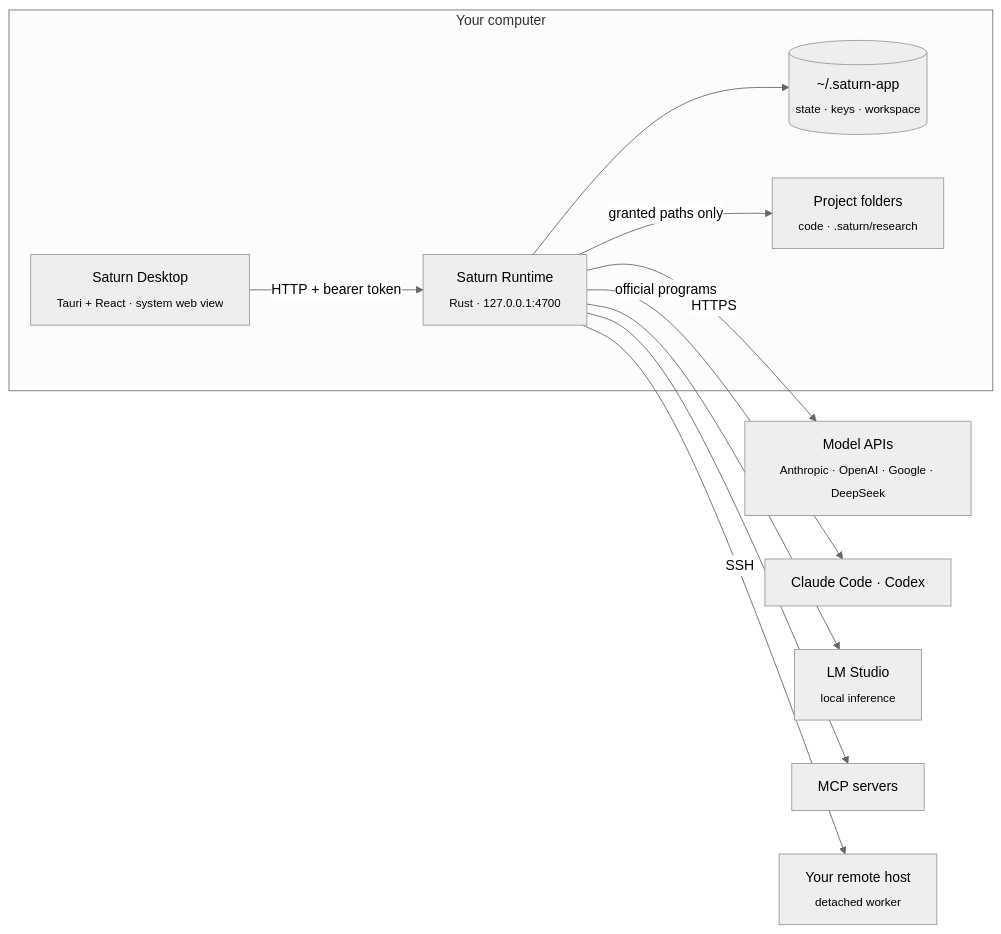
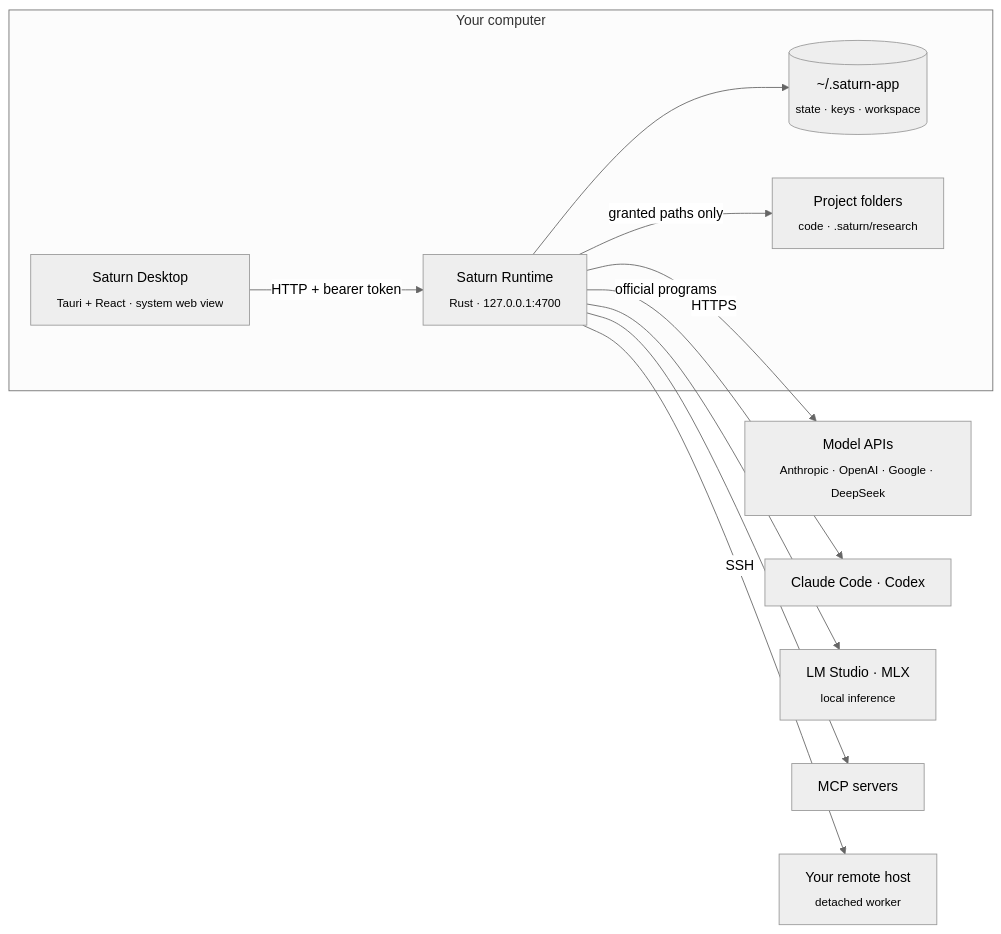
Before and after one commit to Saturn-Technology-Project/Saturn-App: the diagram in README.md, drawn with Mermaid (neutral theme). The commit also changed other lines of this file and 2 other files, not shown here.

Commit message:
Docs: local models through MLX

````diff
--- a/README.md
+++ b/README.md
@@ -187,17 +187,17 @@
 ```mermaid
 flowchart LR
   subgraph Machine["Your computer"]
     D["Saturn Desktop<br/><sub>Tauri + React · system web view</sub>"]
     R["Saturn Runtime<br/><sub>Rust · 127.0.0.1:4700</sub>"]
     S[("~/.saturn-app<br/><sub>state · keys · workspace</sub>")]
     P["Project folders<br/><sub>code · .saturn/research</sub>"]
     D -- "HTTP + bearer token" --> R
     R --> S
     R -- "granted paths only" --> P
   end
   R -- "HTTPS" --> M["Model APIs<br/><sub>Anthropic · OpenAI · Google · DeepSeek</sub>"]
   R -- "official programs" --> C["Claude Code · Codex"]
-  R --> L["LM Studio<br/><sub>local inference</sub>"]
+  R --> L["LM Studio · MLX<br/><sub>local inference</sub>"]
   R --> X["MCP servers"]
   R -- "SSH" --> H["Your remote host<br/><sub>detached worker</sub>"]
 ```
````
